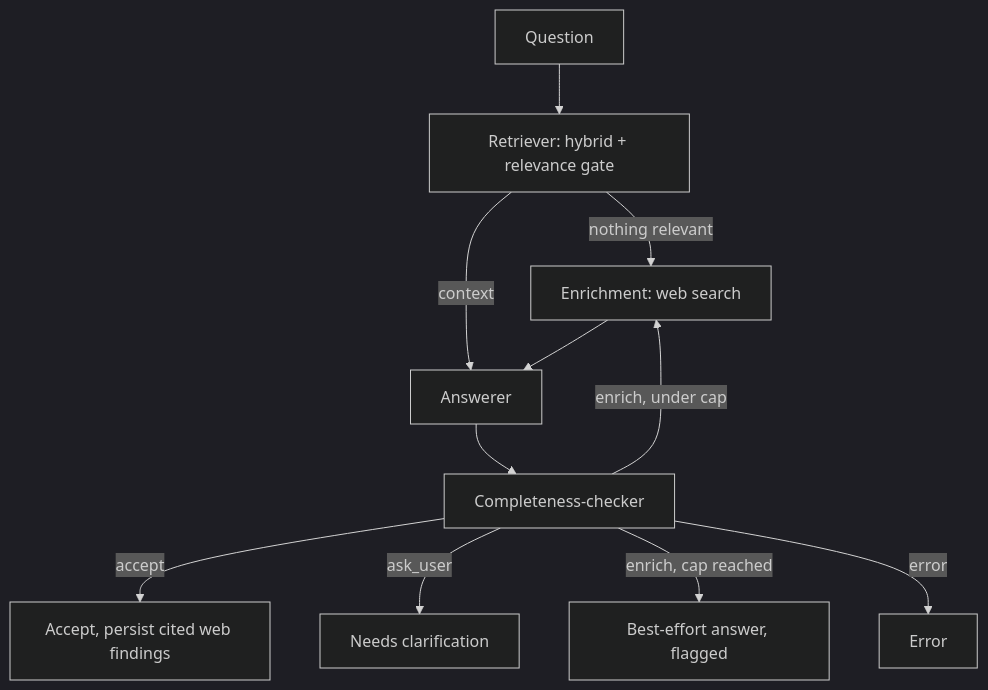
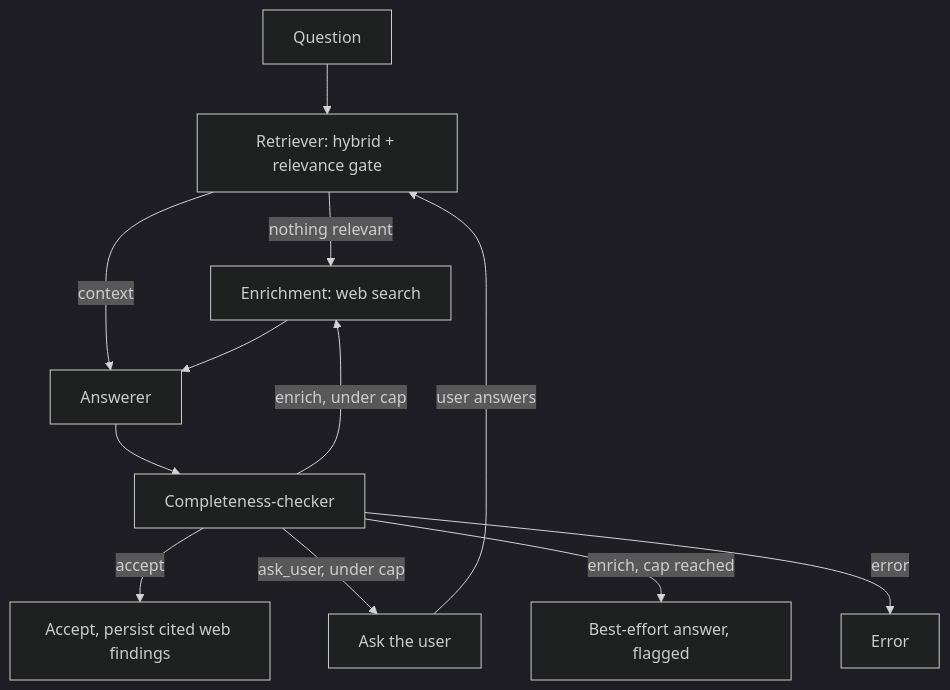
The diagram in README.md (SaurabhSKM/lacuna), drawn with Mermaid (dark theme) before and after one commit. The commit also changed other lines of this file and 21 other files, not shown here.

````diff
--- a/README.md
+++ b/README.md
@@ -30,13 +30,14 @@
 ```mermaid
 flowchart TD
     Q[Question] --> R[Retriever: hybrid + relevance gate]
     R -->|nothing relevant| E
     R -->|context| A[Answerer]
     A --> C[Completeness-checker]
     C -->|accept| ACC[Accept, persist cited web findings]
     C -->|enrich, under cap| E[Enrichment: web search]
     E --> A
-    C -->|ask_user| CL[Needs clarification]
+    C -->|ask_user, under cap| CL[Ask the user]
+    CL -->|user answers| R
     C -->|enrich, cap reached| CAP[Best-effort answer, flagged]
     C -->|error| ERR[Error]
 ```
````
